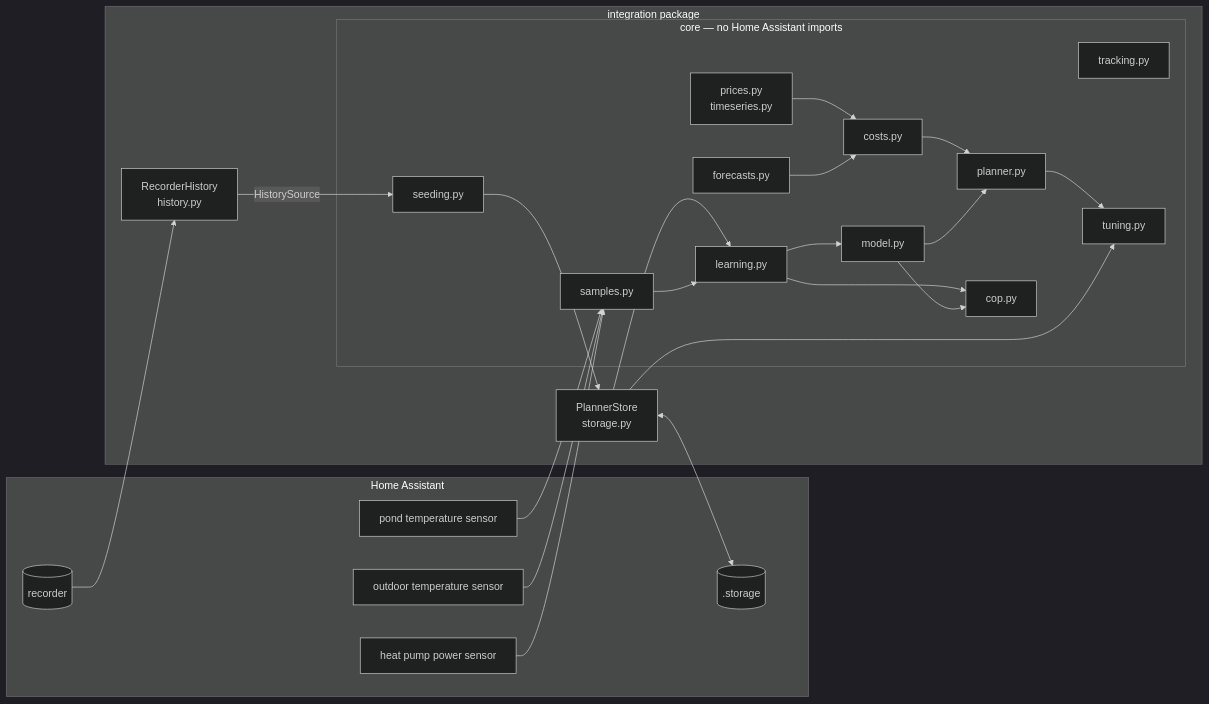
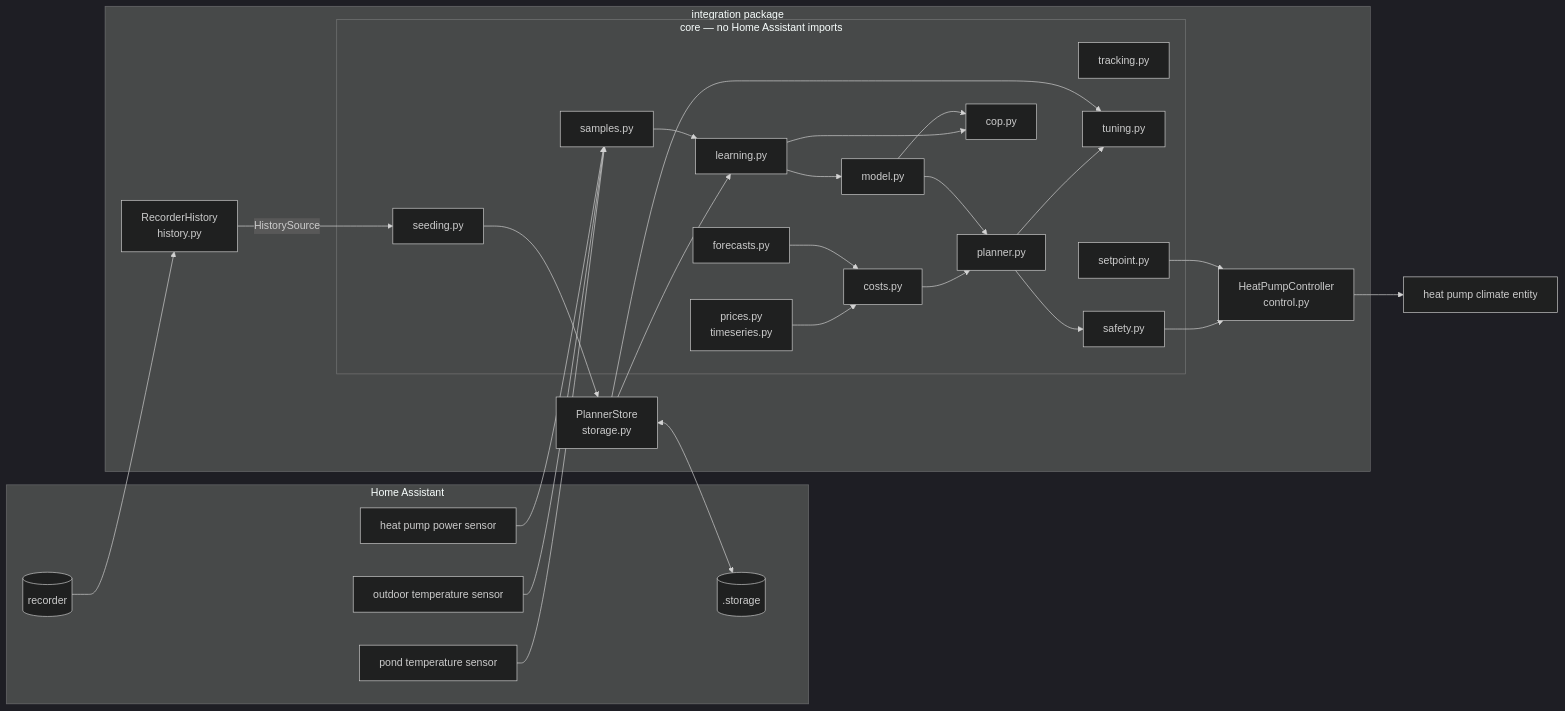
Before and after one commit to abroeders/pond-heatpump-price-planner: the first of 15 diagrams in docs/architecture.md, drawn with Mermaid (dark theme). The commit also changed other lines of this file, not shown here.

Commit message:
docs: UML for control and safety (#4)

````diff
--- a/docs/architecture.md
+++ b/docs/architecture.md
@@ -8,42 +8,49 @@
 ```mermaid
 flowchart LR
     subgraph HA[Home Assistant]
         S1[pond temperature sensor]
         S2[outdoor temperature sensor]
         S3[heat pump power sensor]
         REC[(recorder)]
         ST[(.storage)]
     end
     subgraph INT[integration package]
         STORE[PlannerStore<br/>storage.py]
         HIST[RecorderHistory<br/>history.py]
         subgraph CORE[core — no Home Assistant imports]
             SAMP[samples.py]
             MODEL[model.py]
             LEARN[learning.py]
             SEED[seeding.py]
             TRACK[tracking.py]
             PRICES[prices.py<br/>timeseries.py]
             FC[forecasts.py]
             COSTS[costs.py]
             PLAN[planner.py]
             TUNE[tuning.py]
             COP[cop.py]
+            SAFE[safety.py]
+            SETP[setpoint.py]
         end
+        CTL[HeatPumpController<br/>control.py]
     end
     S1 & S2 & S3 --> SAMP
     REC --> HIST
     HIST -- HistorySource --> SEED
     SEED --> STORE
     STORE <--> ST
     STORE --> LEARN
     LEARN --> MODEL
     SAMP --> LEARN
     PRICES & FC --> COSTS
     COSTS --> PLAN
     MODEL --> PLAN
     PLAN --> TUNE
     STORE --> TUNE
     LEARN --> COP
     MODEL --> COP
+    PLAN --> SAFE
+    SAFE --> CTL
+    SETP --> CTL
+    CTL --> HP[heat pump climate entity]
 ```
````
